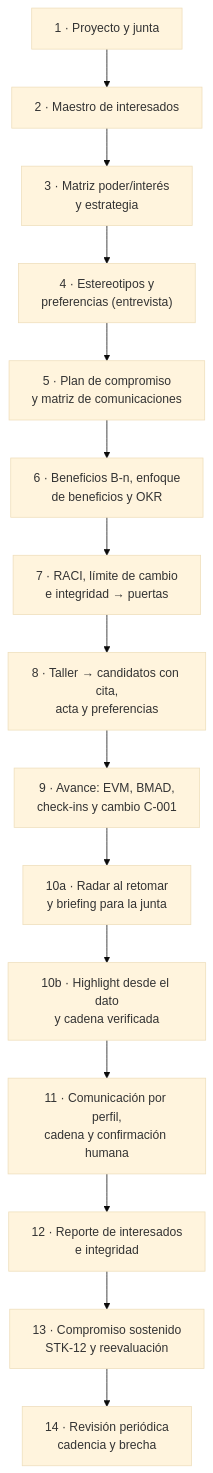
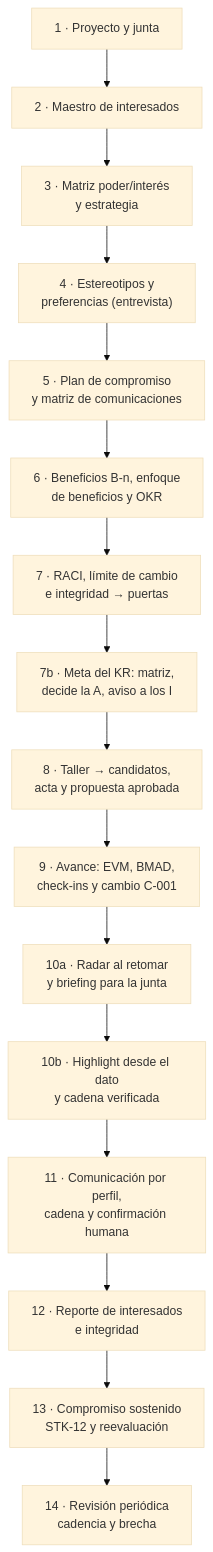
Before and after one commit to Arturo-Penas-Rial/pm-method: the first of 3 diagrams in docs/guias/E2E-3-interesados-okr-avance.md, drawn with Mermaid (base theme). The commit also changed other lines of this file and 277 other files, not shown here.

````diff
--- a/docs/guias/E2E-3-interesados-okr-avance.md
+++ b/docs/guias/E2E-3-interesados-okr-avance.md
@@ -108,10 +117,11 @@
 ```mermaid
 flowchart TB
     a["1 · Proyecto y junta"] --> b["2 · Maestro de interesados"]
     b --> c["3 · Matriz poder/interés<br/>y estrategia"] --> d["4 · Estereotipos y<br/>preferencias (entrevista)"]
     d --> e["5 · Plan de compromiso<br/>y matriz de comunicaciones"] --> f["6 · Beneficios B-n, enfoque<br/>de beneficios y OKR"]
-    f --> g["7 · RACI, límite de cambio<br/>e integridad → puertas"] --> h["8 · Taller → candidatos con cita,<br/>acta y preferencias"]
+    f --> g["7 · RACI, límite de cambio<br/>e integridad → puertas"] --> g2["7b · Meta del KR: matriz,<br/>decide la A, aviso a los I"]
+    g2 --> h["8 · Taller → candidatos,<br/>acta y propuesta aprobada"]
     h --> i["9 · Avance: EVM, BMAD,<br/>check-ins y cambio C-001"] --> j["10a · Radar al retomar<br/>y briefing para la junta"]
     j --> j2["10b · Highlight desde el dato<br/>y cadena verificada"] --> k["11 · Comunicación por perfil,<br/>cadena y confirmación humana"] --> l["12 · Reporte de interesados<br/>e integridad"]
     l --> m["13 · Compromiso sostenido<br/>STK-12 y reevaluación"] --> n["14 · Revisión periódica<br/>cadencia y brecha"]
 ```
````
